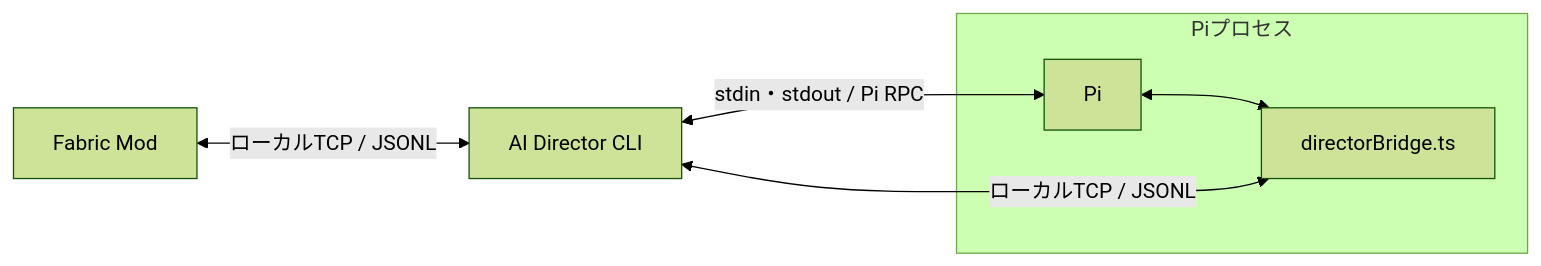
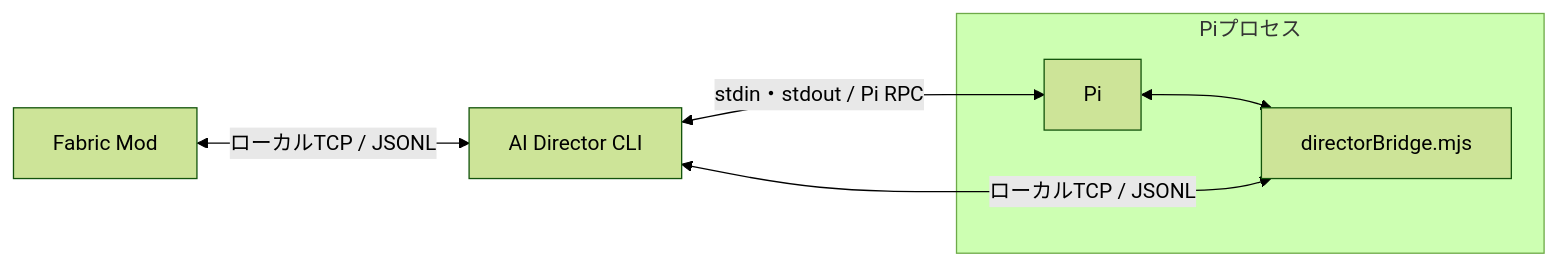
One commit to ph0ryn/mc-hisyo-mod changed the diagram in docs/architecture.md. Above: the diagram before and after it, drawn with Mermaid (forest theme). The commit also changed other lines of this file and 8 other files, not shown here.

````diff
--- a/docs/architecture.md
+++ b/docs/architecture.md
@@ -6,9 +7,9 @@
 ```mermaid
 flowchart LR
     M["Fabric Mod"] <-->|"ローカルTCP / JSONL"| C["AI Director CLI"]
     C <-->|"stdin・stdout / Pi RPC"| P["Pi"]
     subgraph PP["Piプロセス"]
-        P <--> E["directorBridge.ts"]
+        P <--> E["directorBridge.mjs"]
     end
     E <-->|"ローカルTCP / JSONL"| C
 ```
````
